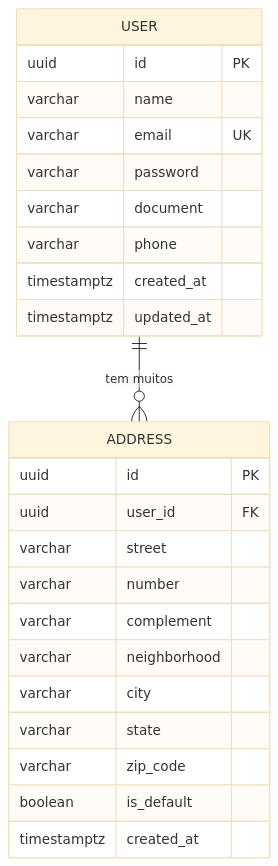
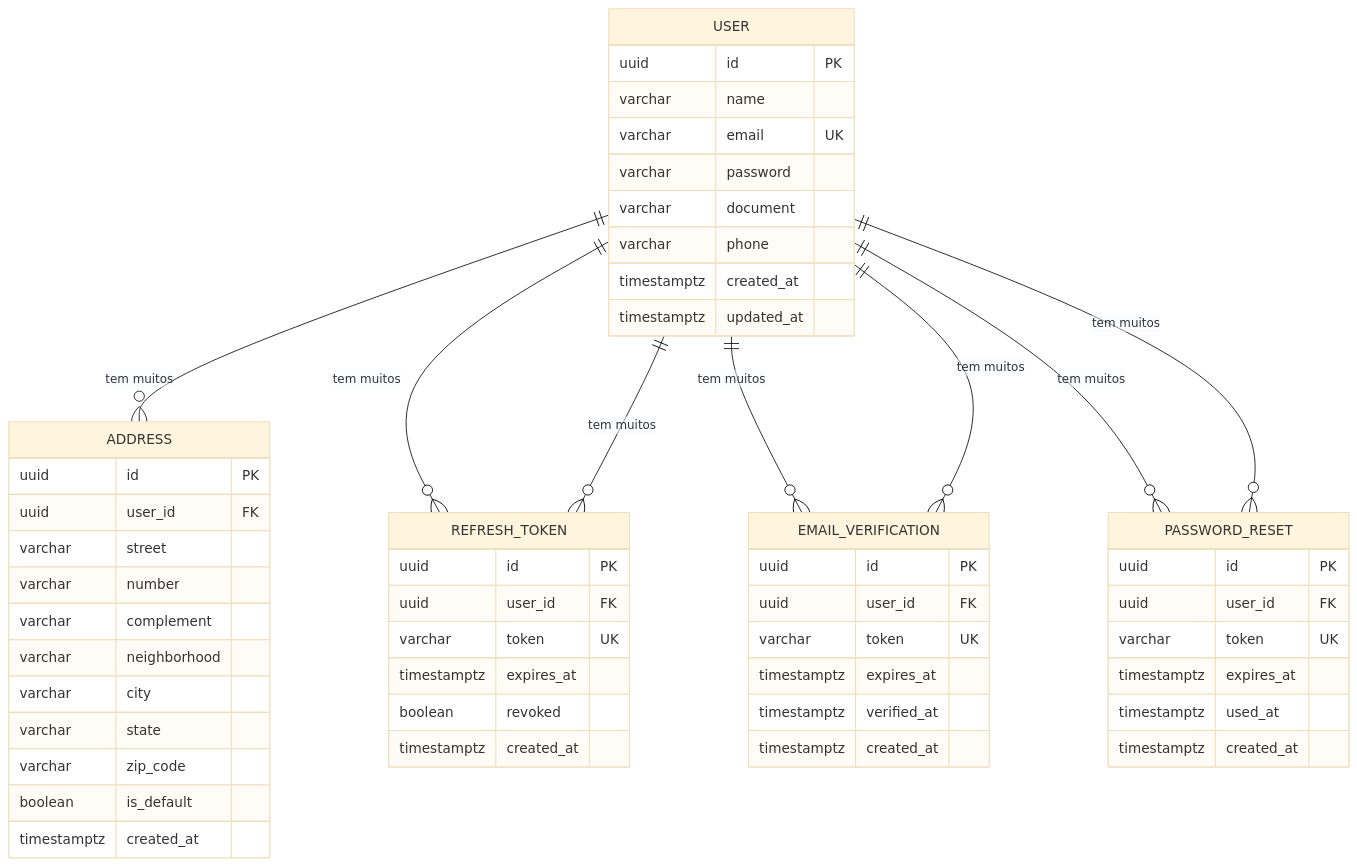
Before and after one commit to odevpedro/ecom-user-service: the diagram in docs/data-model.md, drawn with Mermaid (base theme). The commit also changed other lines of this file and 24 other files, not shown here.

First line of the commit message:
Add refresh token, email verification, and password recovery

````diff
--- a/docs/data-model.md
+++ b/docs/data-model.md
@@ -31,29 +31,62 @@
 ```mermaid
 erDiagram
     USER {
         uuid id PK
         varchar name
         varchar email UK
         varchar password
         varchar document
         varchar phone
         timestamptz created_at
         timestamptz updated_at
     }
 
     ADDRESS {
         uuid id PK
         uuid user_id FK
         varchar street
         varchar number
         varchar complement
         varchar neighborhood
         varchar city
         varchar state
         varchar zip_code
         boolean is_default
         timestamptz created_at
     }
 
+    REFRESH_TOKEN {
+        uuid id PK
+        uuid user_id FK
+        varchar token UK
+        timestamptz expires_at
+        boolean revoked
+        timestamptz created_at
+    }
+
+    EMAIL_VERIFICATION {
+        uuid id PK
+        uuid user_id FK
+        varchar token UK
+        timestamptz expires_at
+        timestamptz verified_at
+        timestamptz created_at
+    }
+
+    PASSWORD_RESET {
+        uuid id PK
+        uuid user_id FK
+        varchar token UK
+        timestamptz expires_at
+        timestamptz used_at
+        timestamptz created_at
+    }
+
     USER ||--o{ ADDRESS : "tem muitos"
+    USER ||--o{ REFRESH_TOKEN : "tem muitos"
+    USER ||--o{ EMAIL_VERIFICATION : "tem muitos"
+    USER ||--o{ PASSWORD_RESET : "tem muitos"
+    USER ||--o{ REFRESH_TOKEN : "tem muitos"
+    USER ||--o{ EMAIL_VERIFICATION : "tem muitos"
+    USER ||--o{ PASSWORD_RESET : "tem muitos"
 ```
````
